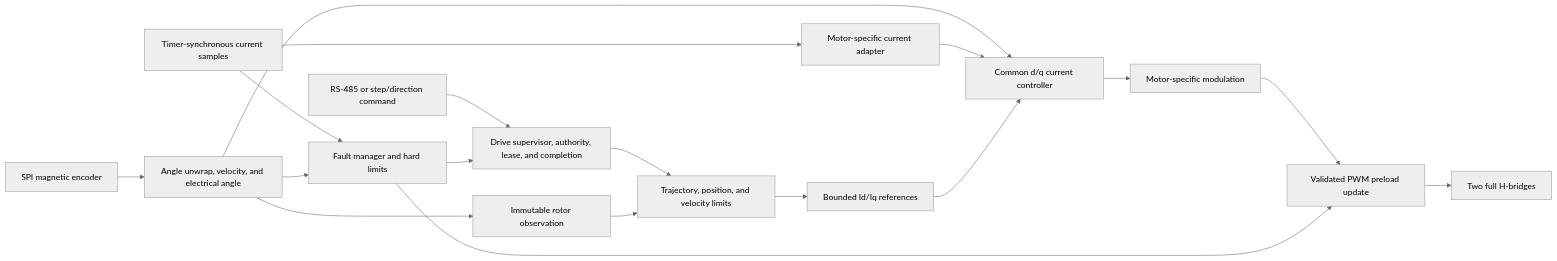
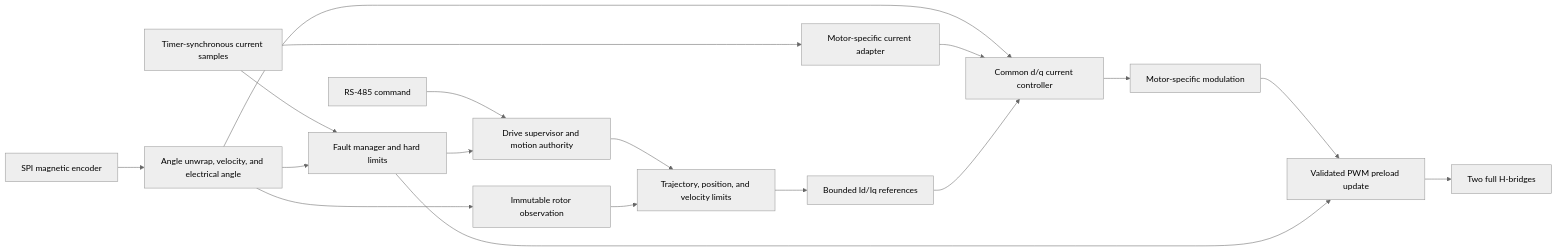
The diagram in docs/ARCHITECTURE.md (earlynerd/SERVO57D-firmware), drawn with Mermaid (neutral theme) before and after one commit. The commit also changed other lines of this file and 74 other files, not shown here.

````diff
--- a/docs/ARCHITECTURE.md
+++ b/docs/ARCHITECTURE.md
@@ -209,20 +212,20 @@
 ```mermaid
 flowchart LR
-    CMD["RS-485 or step/direction command"] --> AUTH["Drive supervisor, authority, lease, and completion"]
+    CMD["RS-485 command"] --> AUTH["Drive supervisor and motion authority"]
     AUTH --> MOTION["Trajectory, position, and velocity limits"]
     ENC["SPI magnetic encoder"] --> EST["Angle unwrap, velocity, and electrical angle"]
     EST --> OBS["Immutable rotor observation"]
     OBS --> MOTION
     EST --> CURRENT
     MOTION --> IQ["Bounded Id/Iq references"]
     ADC["Timer-synchronous current samples"] --> ADAPT["Motor-specific current adapter"]
     ADAPT --> CURRENT["Common d/q current controller"]
     IQ --> CURRENT
     CURRENT --> MOD["Motor-specific modulation"]
     MOD --> PWM["Validated PWM preload update"]
     PWM --> BRIDGE["Two full H-bridges"]
     SAFE["Fault manager and hard limits"] --> PWM
     SAFE --> AUTH
     ADC --> SAFE
     EST --> SAFE
 ```
````
